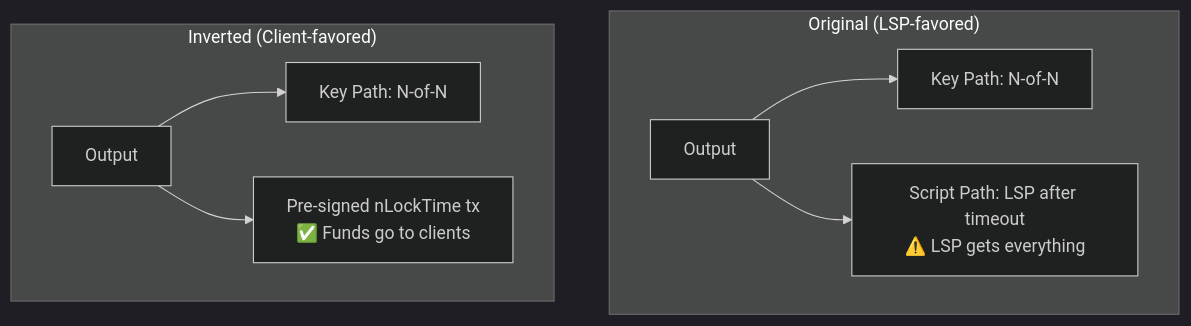
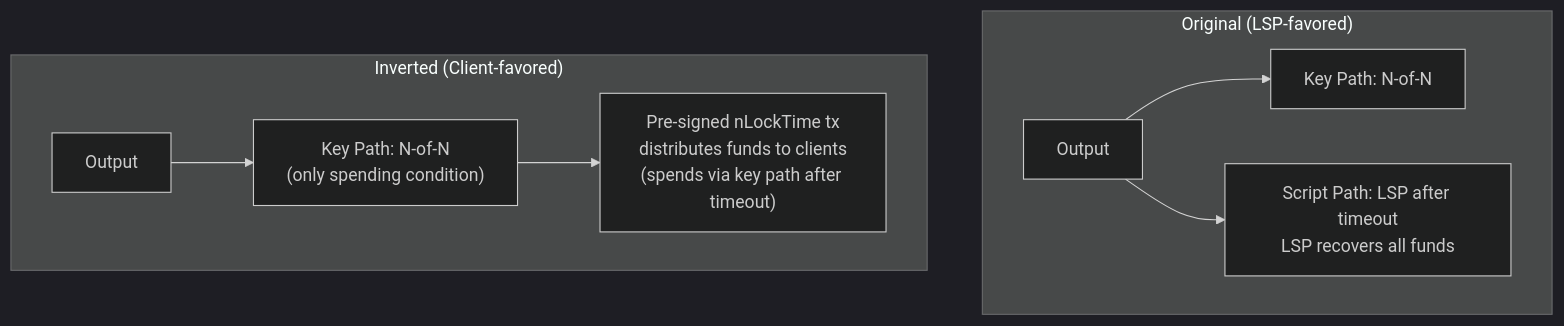
The third of 3 diagrams in core-concepts/timeout-sig-trees.md (8144225309/superscalar-docs), drawn with Mermaid (dark theme) before and after one commit. The commit also changed other lines of this file and 31 other files, not shown here.

````diff
--- a/core-concepts/timeout-sig-trees.md
+++ b/core-concepts/timeout-sig-trees.md
@@ -79,12 +77,12 @@
 ```mermaid
 graph TD
     subgraph "Original (LSP-favored)"
         O1["Output"] --> K1["Key Path: N-of-N"]
-        O1 --> S1["Script Path: LSP after timeout<br/>⚠️ LSP gets everything"]
+        O1 --> S1["Script Path: LSP after timeout<br/>LSP recovers all funds"]
     end
 
     subgraph "Inverted (Client-favored)"
-        O2["Output"] --> K2["Key Path: N-of-N"]
-        O2 --> S2["Pre-signed nLockTime tx<br/>✅ Funds go to clients"]
+        O2["Output"] --> K2["Key Path: N-of-N<br/>(only spending condition)"]
+        K2 --> S2["Pre-signed nLockTime tx<br/>distributes funds to clients<br/>(spends via key path after timeout)"]
     end
 ```
````
